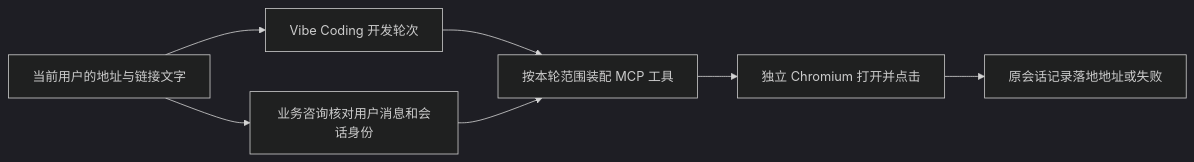
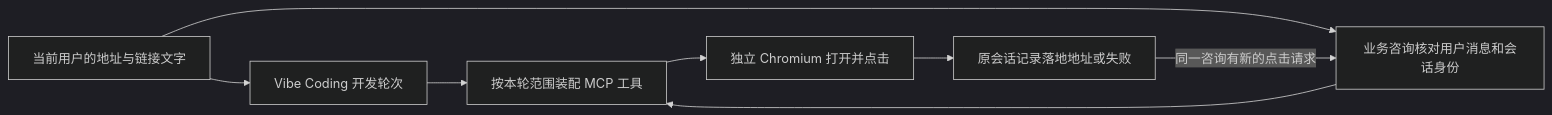
The second of 52 diagrams in docs/ai-coding-architecture.md (exception-coder/kai-toolbox), drawn with Mermaid (dark theme) before and after one commit. The commit also changed other lines of this file and 18 other files, not shown here.

````diff
--- a/docs/ai-coding-architecture.md
+++ b/docs/ai-coding-architecture.md
@@ -41,9 +41,10 @@
 ```mermaid
 flowchart LR
     U[当前用户的地址与链接文字] --> T[Vibe Coding 开发轮次]
     T --> M[按本轮范围装配 MCP 工具]
     U --> C[业务咨询核对用户消息和会话身份]
+    R -->|同一咨询有新的点击请求| C
     C --> M
     M --> B[独立 Chromium 打开并点击]
     B --> R[原会话记录落地地址或失败]
 ```
````
